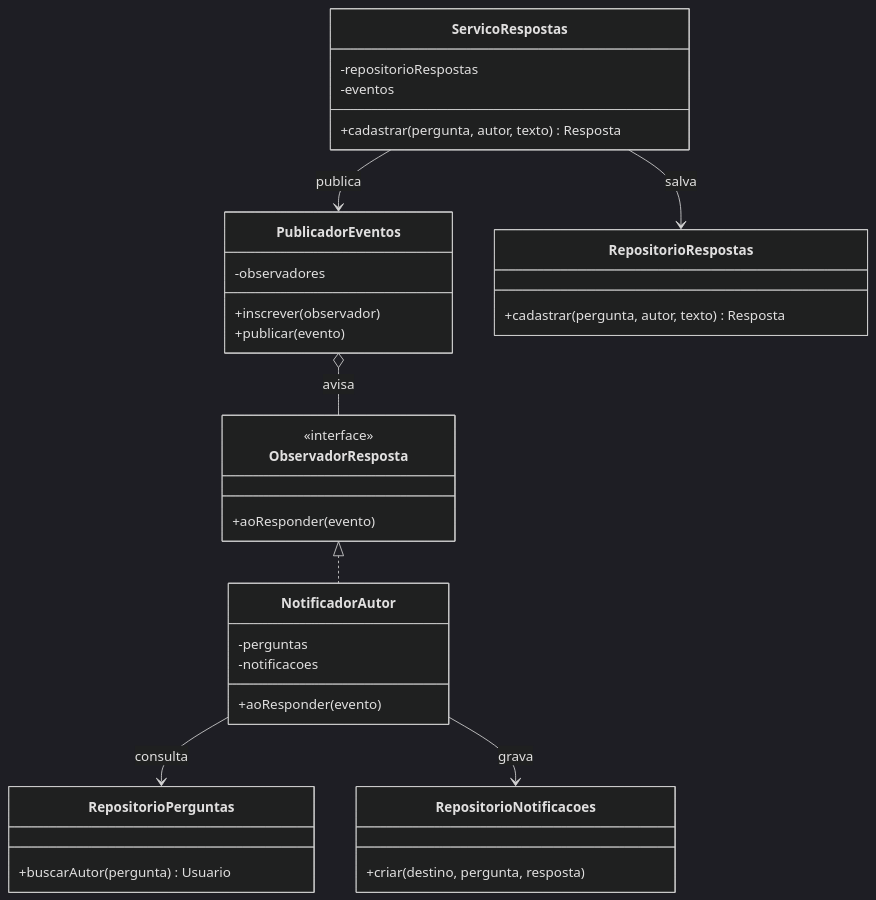
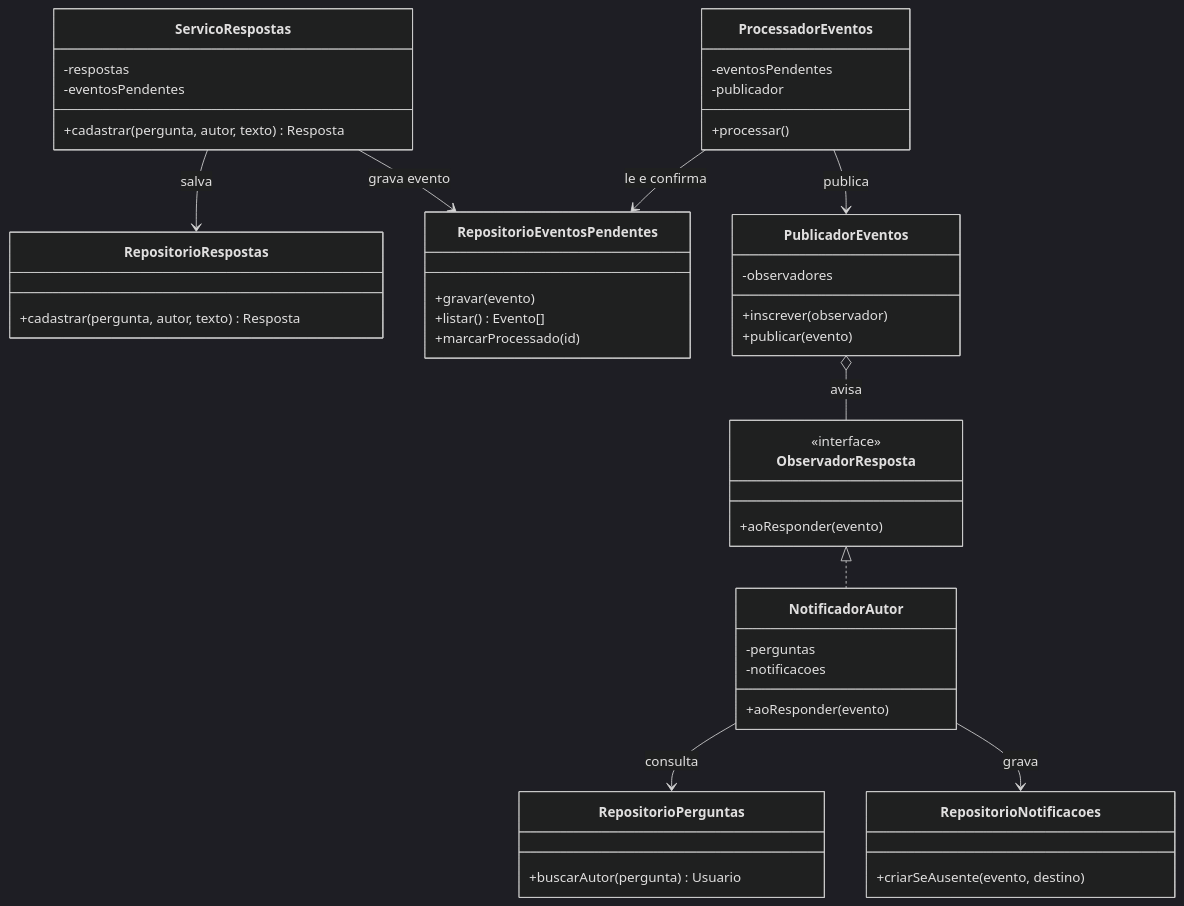
Before and after one commit to matheusmi2/projeto-final-es: the diagram in parte3/diagramas/padrao_observer.mmd, drawn with Mermaid (dark theme). The commit also changed 2 other files, not shown here.

Commit message:
Alinha o Observer ao tratamento de notificacoes pendentes

```diff
--- a/parte3/diagramas/padrao_observer.mmd
+++ b/parte3/diagramas/padrao_observer.mmd
@@ -1,35 +1,47 @@
 classDiagram
     class ServicoRespostas {
-        -repositorioRespostas
-        -eventos
+        -respostas
+        -eventosPendentes
         +cadastrar(pergunta, autor, texto) Resposta
+    }
+    class RepositorioRespostas {
+        +cadastrar(pergunta, autor, texto) Resposta
+    }
+    class RepositorioEventosPendentes {
+        +gravar(evento)
+        +listar() Evento[]
+        +marcarProcessado(id)
+    }
+    class ProcessadorEventos {
+        -eventosPendentes
+        -publicador
+        +processar()
     }
     class PublicadorEventos {
         -observadores
         +inscrever(observador)
         +publicar(evento)
     }
     class ObservadorResposta {
         <<interface>>
         +aoResponder(evento)
     }
     class NotificadorAutor {
         -perguntas
         -notificacoes
         +aoResponder(evento)
     }
     class RepositorioPerguntas {
         +buscarAutor(pergunta) Usuario
     }
     class RepositorioNotificacoes {
-        +criar(destino, pergunta, resposta)
-    }
-    class RepositorioRespostas {
-        +cadastrar(pergunta, autor, texto) Resposta
+        +criarSeAusente(evento, destino)
     }
     ServicoRespostas --> RepositorioRespostas : salva
-    ServicoRespostas --> PublicadorEventos : publica
+    ServicoRespostas --> RepositorioEventosPendentes : grava evento
+    ProcessadorEventos --> RepositorioEventosPendentes : le e confirma
+    ProcessadorEventos --> PublicadorEventos : publica
     PublicadorEventos o-- ObservadorResposta : avisa
     ObservadorResposta <|.. NotificadorAutor
     NotificadorAutor --> RepositorioPerguntas : consulta
     NotificadorAutor --> RepositorioNotificacoes : grava
```
